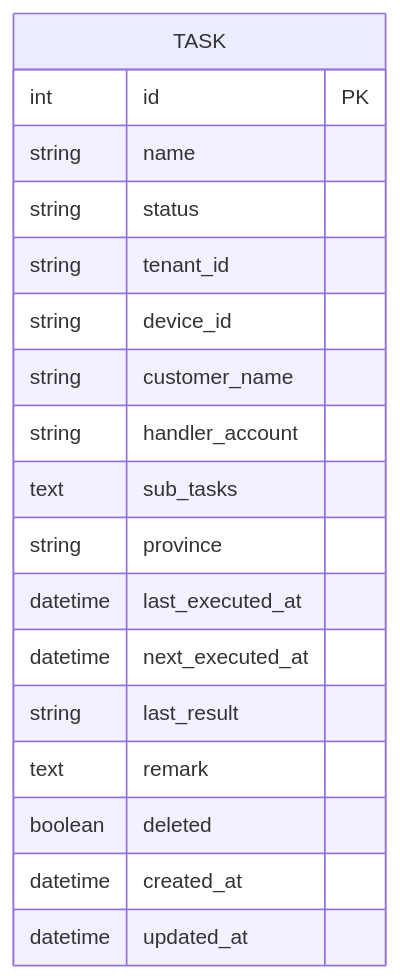
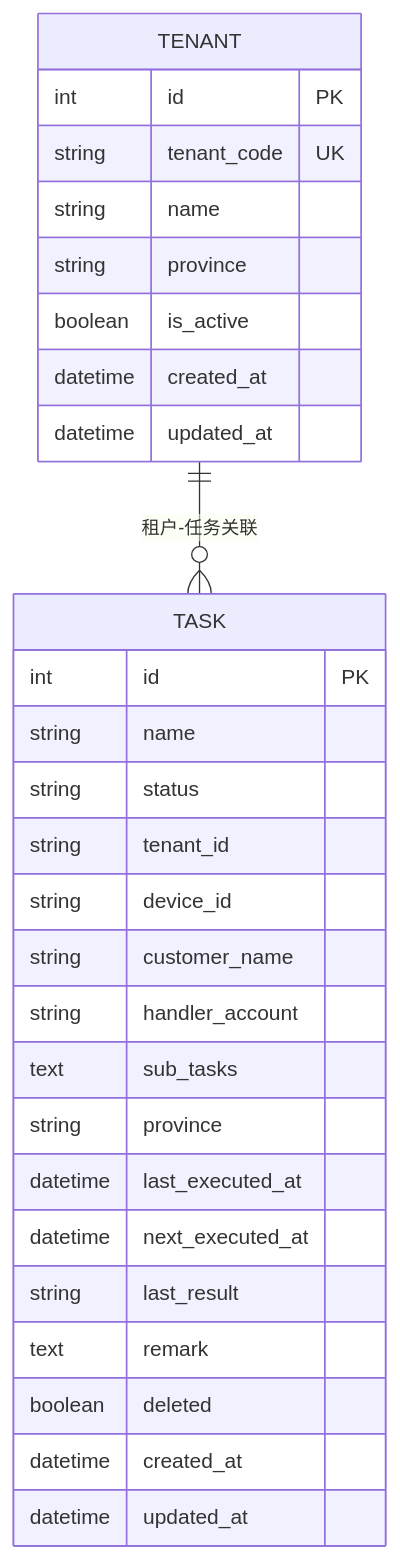
Before and after one commit to onebody/ccclubs_AI_RPA: the fourth of 11 diagrams in .qoder/repowiki/zh/content/多租户权限管理/租户管理模块.md, drawn with Mermaid. The commit also changed other lines of this file and 16 other files, not shown here.

````diff
--- a/.qoder/repowiki/zh/content/多租户权限管理/租户管理模块.md
+++ b/.qoder/repowiki/zh/content/多租户权限管理/租户管理模块.md
@@ -165,21 +208,31 @@
 ```mermaid
 erDiagram
+TENANT {
+int id PK
+string tenant_code UK
+string name
+string province
+boolean is_active
+datetime created_at
+datetime updated_at
+}
 TASK {
 int id PK
 string name
 string status
 string tenant_id
 string device_id
 string customer_name
 string handler_account
 text sub_tasks
 string province
 datetime last_executed_at
 datetime next_executed_at
 string last_result
 text remark
 boolean deleted
 datetime created_at
 datetime updated_at
 }
+TENANT ||--o{ TASK : "租户-任务关联"
 ```
````
